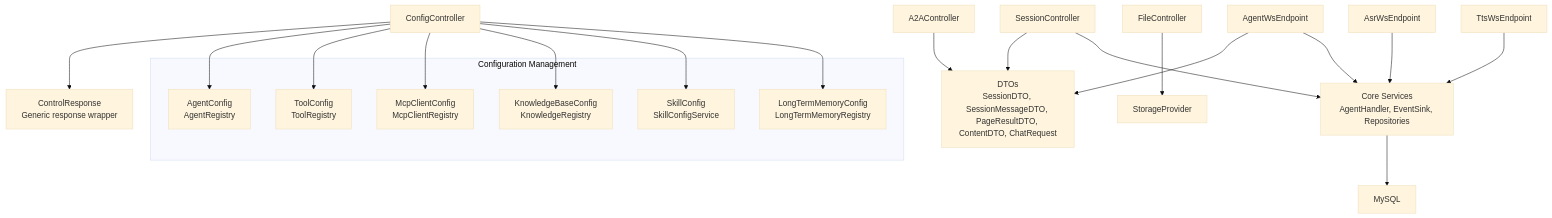
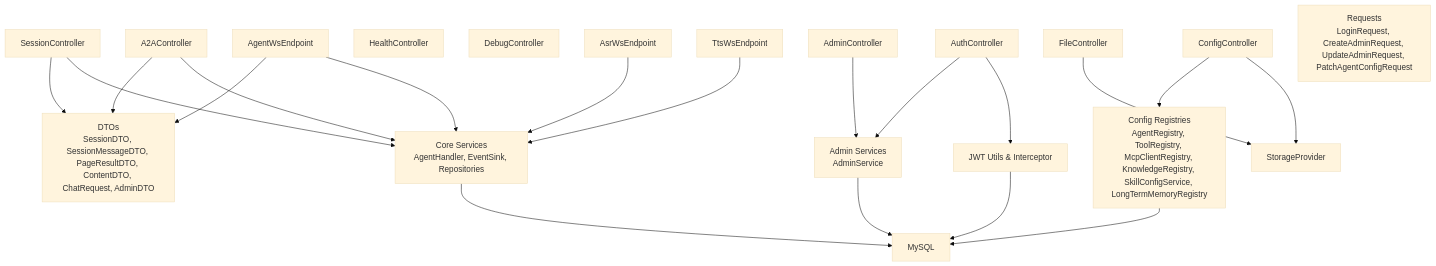
One commit to alibaba/tron-one-agent changed the fourth of 4 diagrams in .qoder/repowiki/en/content/API Reference/API Reference.md. Above: the diagram before and after it, drawn with Mermaid (base theme). The commit also changed other lines of this file and 13 other files, not shown here.

````diff
--- a/.qoder/repowiki/en/content/API Reference/API Reference.md
+++ b/.qoder/repowiki/en/content/API Reference/API Reference.md
@@ -923,39 +950,40 @@
 ```mermaid
 graph TB
 SC["SessionController"]
-CC["ConfigController"]
 AC["A2AController"]
 FC["FileController"]
+HC["HealthController"]
+DC["DebugController"]
+AuthC["AuthController"]
+AdminC["AdminController"]
+ConfigC["ConfigController"]
 WSA["AgentWsEndpoint"]
 WSR["AsrWsEndpoint"]
 WST["TtsWsEndpoint"]
-DTO["DTOs<br/>SessionDTO, SessionMessageDTO, PageResultDTO, ContentDTO, ChatRequest"]
-CTRL["ControlResponse<br/>Generic response wrapper"]
+DTO["DTOs<br/>SessionDTO, SessionMessageDTO, PageResultDTO, ContentDTO, ChatRequest, AdminDTO"]
+REQ["Requests<br/>LoginRequest, CreateAdminRequest, UpdateAdminRequest, PatchAgentConfigRequest"]
 CORE["Core Services<br/>AgentHandler, EventSink, Repositories"]
+ADMIN["Admin Services<br/>AdminService"]
+CONFIG["Config Registries<br/>AgentRegistry, ToolRegistry, McpClientRegistry, KnowledgeRegistry, SkillConfigService, LongTermMemoryRegistry"]
 STORE["StorageProvider"]
 DB["MySQL"]
-subgraph "Configuration Management"
-AGENTCFG["AgentConfig<br/>AgentRegistry"]
-TOOLCFG["ToolConfig<br/>ToolRegistry"]
-MCP["McpClientConfig<br/>McpClientRegistry"]
-KB["KnowledgeBaseConfig<br/>KnowledgeRegistry"]
-SKILL["SkillConfig<br/>SkillConfigService"]
-MEMORY["LongTermMemoryConfig<br/>LongTermMemoryRegistry"]
-end
+JWT["JWT Utils & Interceptor"]
 SC --> DTO
-CC --> CTRL
 AC --> DTO
 FC --> STORE
 SC --> CORE
-CC --> AGENTCFG
-CC --> TOOLCFG
-CC --> MCP
-CC --> KB
-CC --> SKILL
-CC --> MEMORY
+AC --> CORE
 WSA --> DTO
 WSA --> CORE
 WSR --> CORE
 WST --> CORE
+AuthC --> ADMIN
+AuthC --> JWT
+AdminC --> ADMIN
+ConfigC --> CONFIG
+ConfigC --> STORE
 CORE --> DB
+ADMIN --> DB
+CONFIG --> DB
+JWT --> DB
 ```
````
